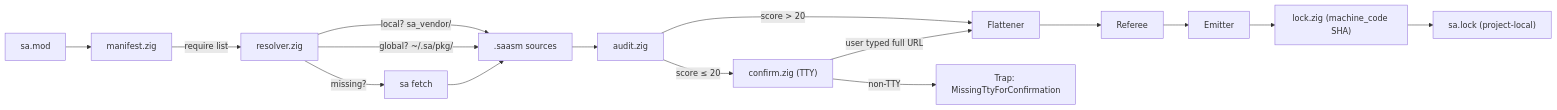
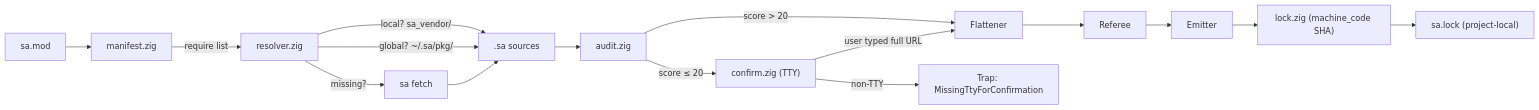
The second of 3 diagrams in .kiro/specs/sa-asm-language/design.md (layola13/sci), drawn with Mermaid before and after one commit. The commit also changed other lines of this file and 70 other files, not shown here.

````diff
--- a/.kiro/specs/sa-asm-language/design.md
+++ b/.kiro/specs/sa-asm-language/design.md
@@ -410,17 +410,17 @@
 ```mermaid
 flowchart LR
     A["sa.mod"] --> M["manifest.zig"]
     M -->|"require list"| R["resolver.zig"]
-    R -->|"local? sa_vendor/"| F1[".saasm sources"]
+    R -->|"local? sa_vendor/"| F1[".sa sources"]
     R -->|"global? ~/.sa/pkg/"| F1
     R -->|"missing?"| FE["sa fetch"] --> F1
     F1 --> AU["audit.zig"]
     AU -->|"score ≤ 20"| CF["confirm.zig (TTY)"]
     AU -->|"score > 20"| FL["Flattener"]
     CF -->|"user typed full URL"| FL
     CF -->|"non-TTY"| TR1["Trap: MissingTtyForConfirmation"]
     FL --> RV["Referee"]
     RV --> EM["Emitter"]
     EM --> LK["lock.zig (machine_code SHA)"]
     LK --> SA["sa.lock (project-local)"]
 ```
````
